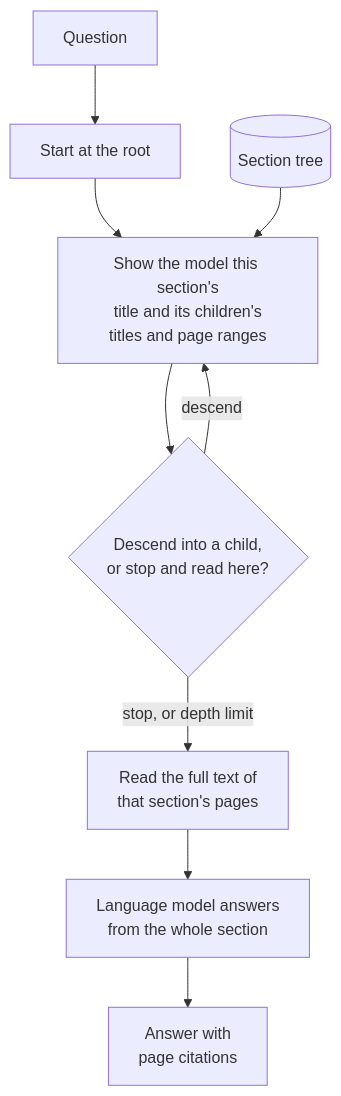
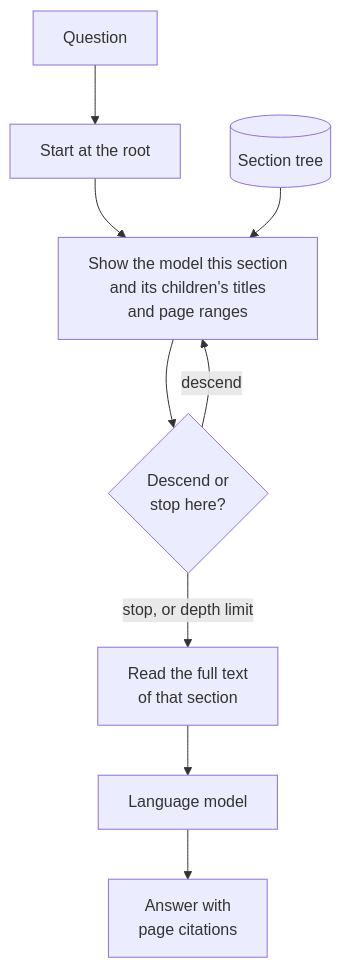
Before and after one commit to jjaaxx44/genai-personal-lab-rag: the second of 2 diagrams in app/demos/rag/vectorless/README.md, drawn with Mermaid. The commit also changed other lines of this file and 32 other files, not shown here.

````diff
--- a/app/demos/rag/vectorless/README.md
+++ b/app/demos/rag/vectorless/README.md
@@ -34,11 +22,11 @@
 ```mermaid
 flowchart TD
   Q["Question"] --> R["Start at the root"]
-  R --> S["Show the model this section's<br/>title and its children's<br/>titles and page ranges"]
+  R --> S["Show the model this section<br/>and its children's titles<br/>and page ranges"]
   T[("Section tree")] --> S
-  S --> D{"Descend into a child,<br/>or stop and read here?"}
+  S --> D{"Descend or<br/>stop here?"}
   D -->|"descend"| S
-  D -->|"stop, or depth limit"| RD["Read the full text of<br/>that section's pages"]
-  RD --> L["Language model answers<br/>from the whole section"]
+  D -->|"stop, or depth limit"| RD["Read the full text<br/>of that section"]
+  RD --> L["Language model"]
   L --> A["Answer with<br/>page citations"]
 ```
````
